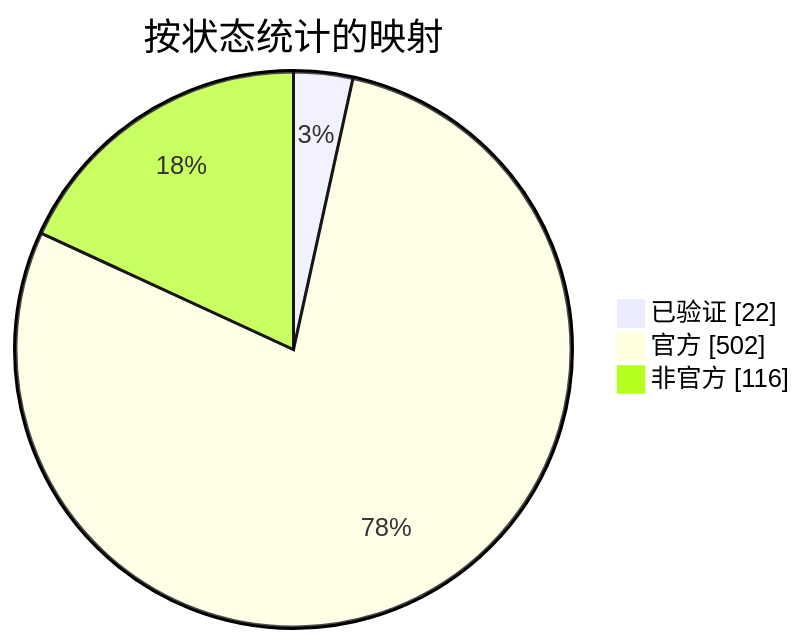
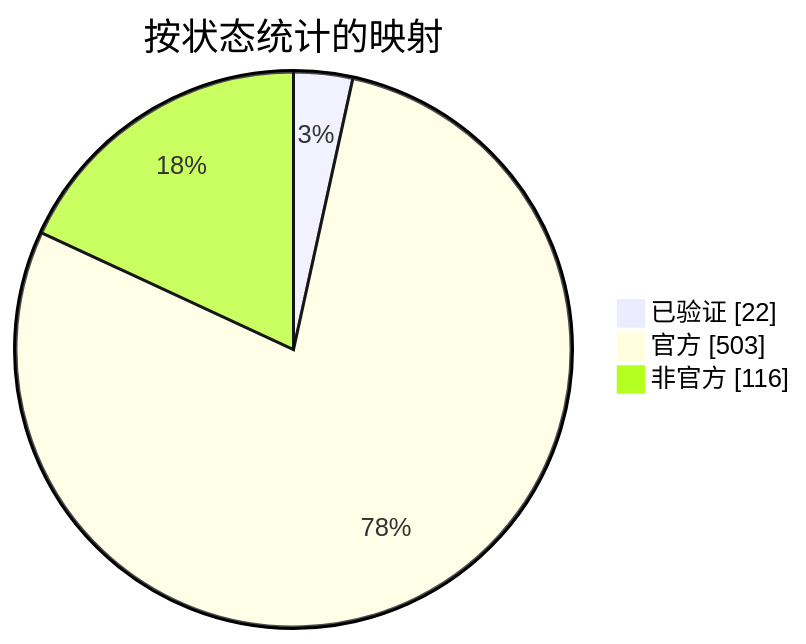
The diagram in docs/readme/README_ZHS.md (nobrega8/mbmap-library), drawn with Mermaid before and after one commit. The commit also changed 6 other files, not shown here.

````diff
--- a/docs/readme/README_ZHS.md
+++ b/docs/readme/README_ZHS.md
@@ -54,7 +54,7 @@
 ```mermaid
 pie showData
     title 按状态统计的映射
     "已验证" : 22
-    "官方" : 502
+    "官方" : 503
     "非官方" : 116
 ```
````
